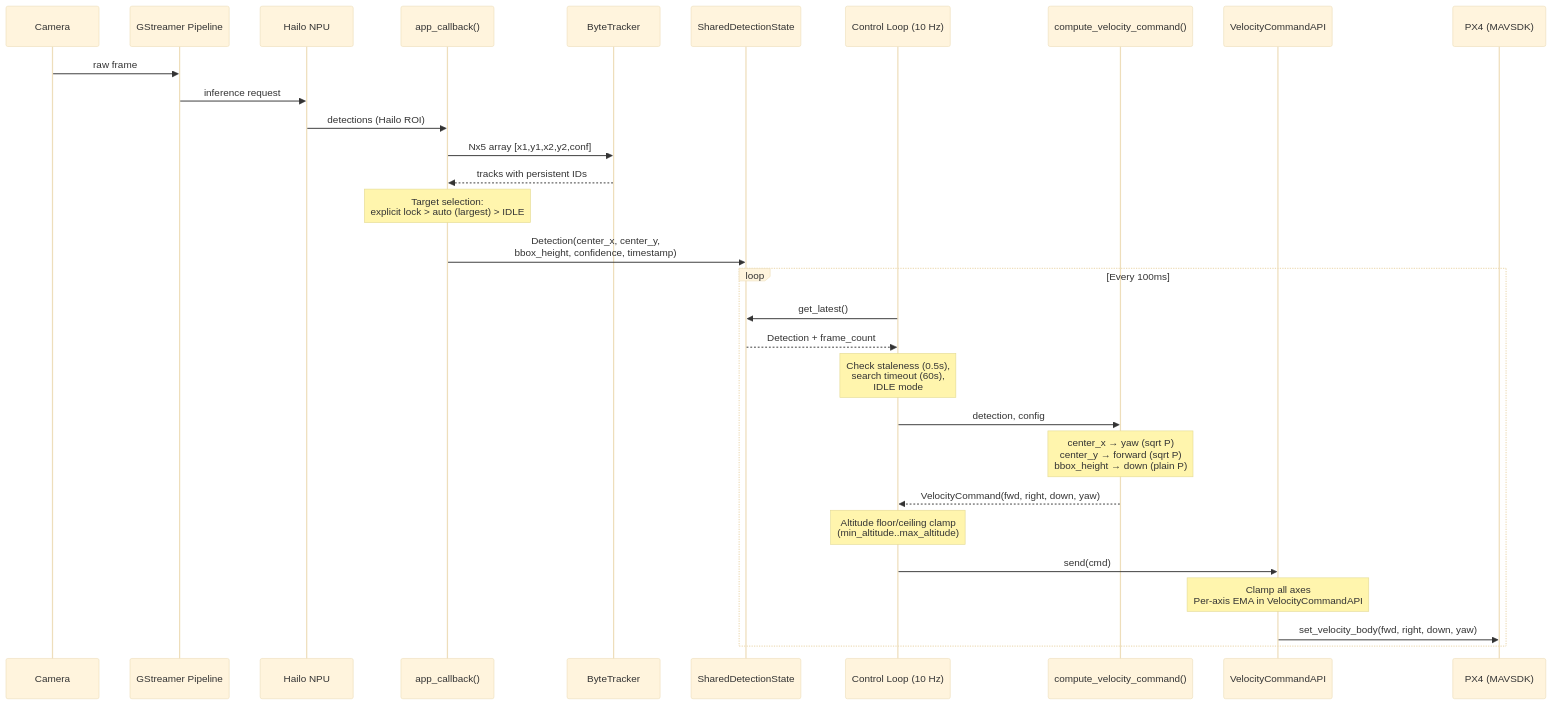
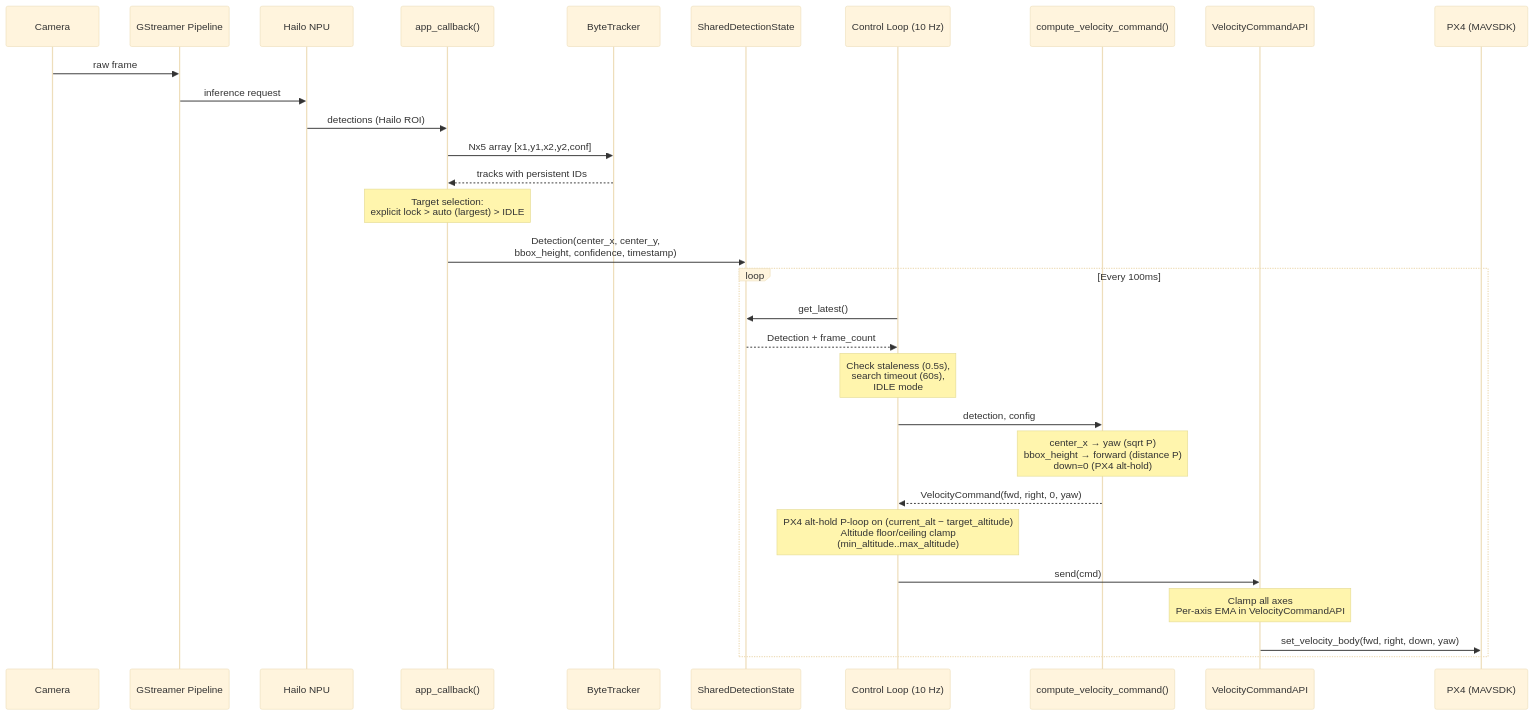
Before and after one commit to guyzigdons-apps/hailo-drone-follow: the fourth of 11 diagrams in docs/design-review.md, drawn with Mermaid (base theme). The commit also changed other lines of this file and 95 other files, not shown here.

````diff
--- a/docs/design-review.md
+++ b/docs/design-review.md
@@ -188,34 +188,34 @@
 ```mermaid
 sequenceDiagram
     participant CAM as Camera
     participant GST as GStreamer Pipeline
     participant HAILO as Hailo NPU
     participant CB as app_callback()
     participant BT as ByteTracker
     participant SDS as SharedDetectionState
     participant CL as Control Loop (10 Hz)
     participant CTRL as compute_velocity_command()
     participant VAPI as VelocityCommandAPI
     participant PX4 as PX4 (MAVSDK)
 
     CAM->>GST: raw frame
     GST->>HAILO: inference request
     HAILO->>CB: detections (Hailo ROI)
     CB->>BT: Nx5 array [x1,y1,x2,y2,conf]
     BT-->>CB: tracks with persistent IDs
     Note over CB: Target selection:<br/>explicit lock > auto (largest) > IDLE
     CB->>SDS: Detection(center_x, center_y,<br/>bbox_height, confidence, timestamp)
 
     loop Every 100ms
         CL->>SDS: get_latest()
         SDS-->>CL: Detection + frame_count
         Note over CL: Check staleness (0.5s),<br/>search timeout (60s),<br/>IDLE mode
         CL->>CTRL: detection, config
-        Note over CTRL: center_x → yaw (sqrt P)<br/>center_y → forward (sqrt P)<br/>bbox_height → down (plain P)
-        CTRL-->>CL: VelocityCommand(fwd, right, down, yaw)
-        Note over CL: Altitude floor/ceiling clamp<br/>(min_altitude..max_altitude)
+        Note over CTRL: center_x → yaw (sqrt P)<br/>bbox_height → forward (distance P)<br/>down=0 (PX4 alt-hold)
+        CTRL-->>CL: VelocityCommand(fwd, right, 0, yaw)
+        Note over CL: PX4 alt-hold P-loop on (current_alt − target_altitude)<br/>Altitude floor/ceiling clamp<br/>(min_altitude..max_altitude)
         CL->>VAPI: send(cmd)
         Note over VAPI: Clamp all axes<br/>Per-axis EMA in VelocityCommandAPI
         VAPI->>PX4: set_velocity_body(fwd, right, down, yaw)
     end
 ```
````
